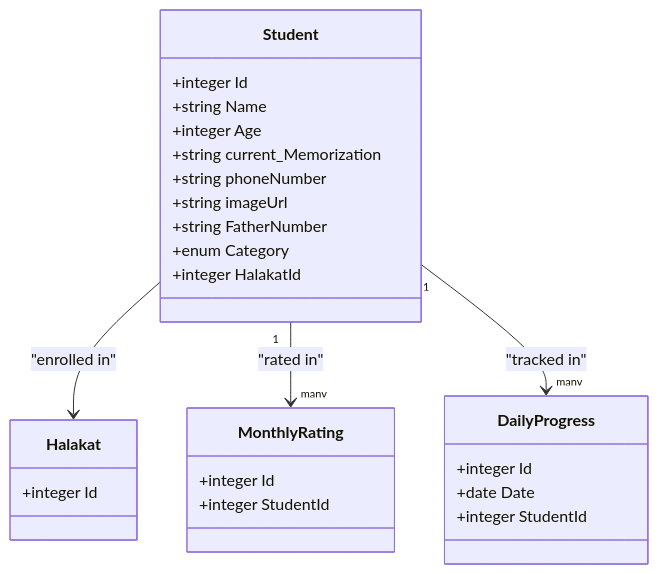
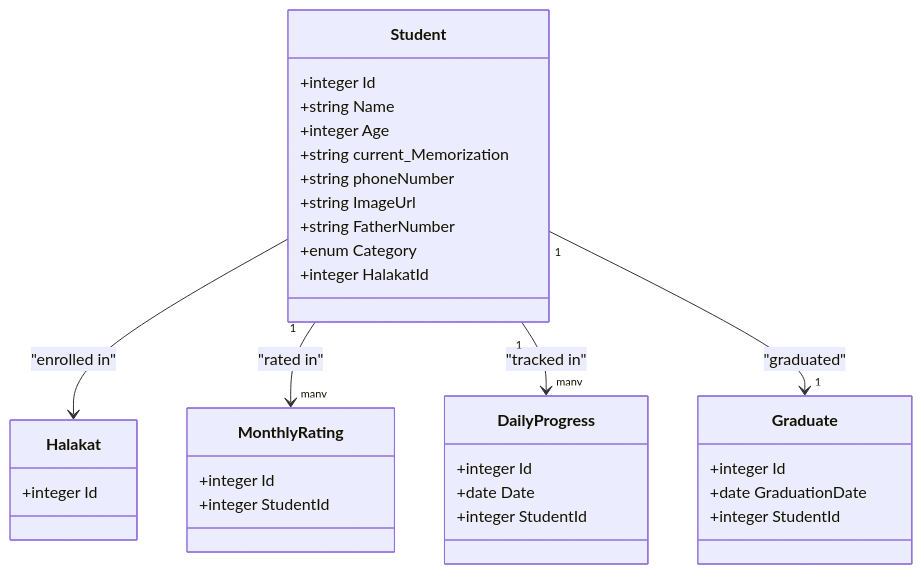
The sixth of 11 diagrams in .qoder/repowiki/en/content/Feature Modules/Feature Modules.md (Mreng78/khirocom_project), drawn with Mermaid before and after one commit. The commit also changed other lines of this file and 10 other files, not shown here.

````diff
--- a/.qoder/repowiki/en/content/Feature Modules/Feature Modules.md
+++ b/.qoder/repowiki/en/content/Feature Modules/Feature Modules.md
@@ -276,29 +295,35 @@
 ```mermaid
 classDiagram
 class Student {
 +integer Id
 +string Name
 +integer Age
 +string current_Memorization
 +string phoneNumber
-+string imageUrl
++string ImageUrl
 +string FatherNumber
 +enum Category
 +integer HalakatId
 }
 class Halakat {
 +integer Id
 }
 class MonthlyRating {
 +integer Id
 +integer StudentId
 }
 class DailyProgress {
 +integer Id
 +date Date
 +integer StudentId
 }
+class Graduate {
++integer Id
++date GraduationDate
++integer StudentId
+}
 Student --> Halakat : "enrolled in"
 Student "1" --> "many" MonthlyRating : "rated in"
 Student "1" --> "many" DailyProgress : "tracked in"
+Student "1" --> "1" Graduate : "graduated"
 ```
````
